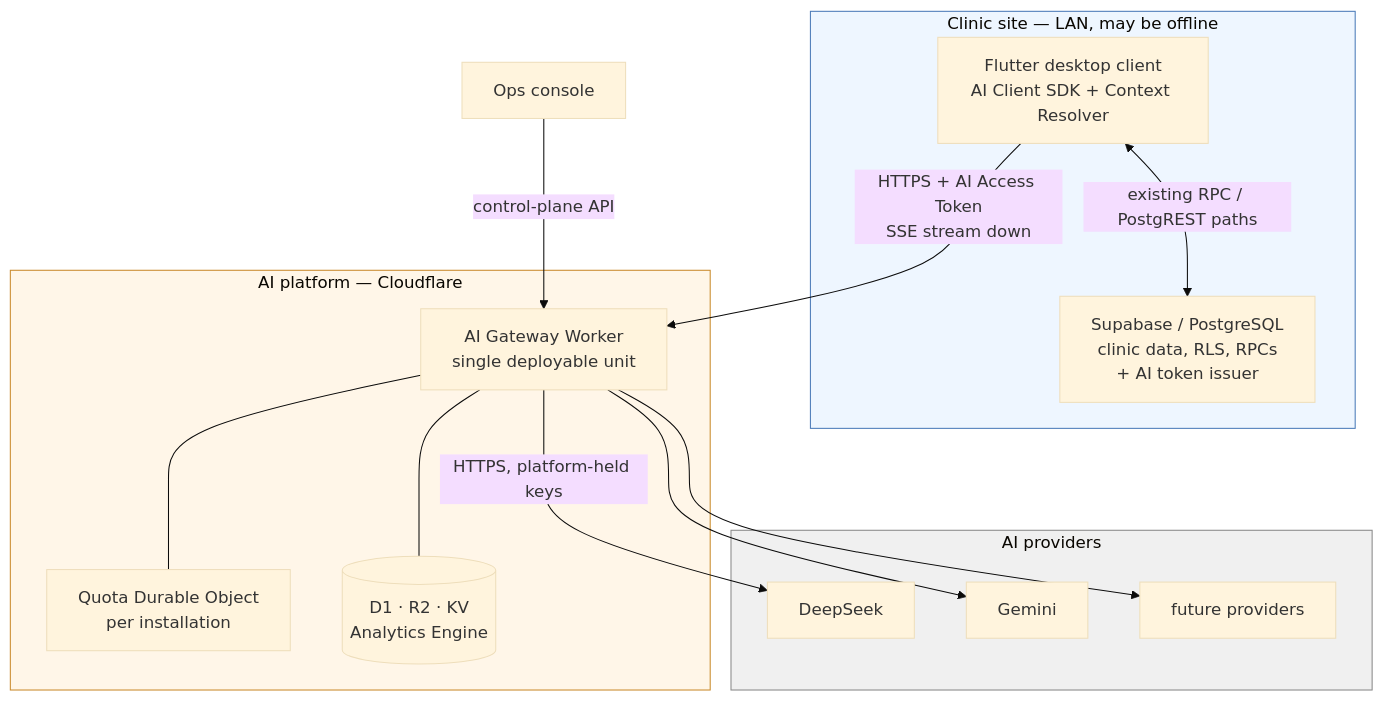
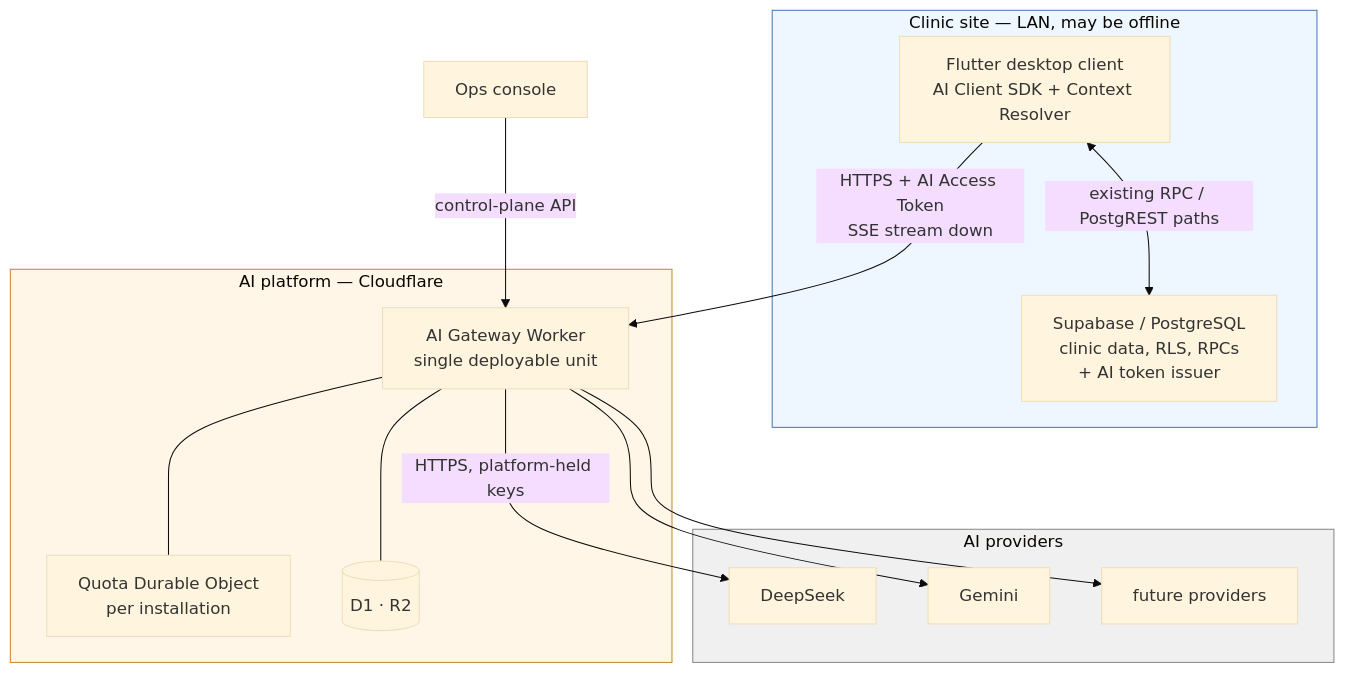
Before and after one commit to haythamosama95/AiClinic: the first of 6 diagrams in docs/architecture/17a-ai-platform-overview.md, drawn with Mermaid (base theme). The commit also changed other lines of this file and 7 other files, not shown here.

Commit message:
Adding AI Platform Architectural Documents and Delivery Plan along with the speckit driving commands

````diff
--- a/docs/architecture/17a-ai-platform-overview.md
+++ b/docs/architecture/17a-ai-platform-overview.md
@@ -67,34 +82,34 @@
 ```mermaid
 flowchart TB
     subgraph clinic["Clinic site — LAN, may be offline"]
         FL["Flutter desktop client<br/>AI Client SDK + Context Resolver"]
         SB["Supabase / PostgreSQL<br/>clinic data, RLS, RPCs<br/>+ AI token issuer"]
         FL <--> |"existing RPC / PostgREST paths"| SB
     end
 
     subgraph edge["AI platform — Cloudflare"]
         GW["AI Gateway Worker<br/>single deployable unit"]
         QDO["Quota Durable Object<br/>per installation"]
-        ST[("D1 · R2 · KV<br/>Analytics Engine")]
+        ST[("D1 · R2")]
         GW --- QDO
         GW --- ST
     end
 
     subgraph providers["AI providers"]
         P1["DeepSeek"]
         P2["Gemini"]
         P3["future providers"]
     end
 
     OPS["Ops console"]
 
     FL --> |"HTTPS + AI Access Token<br/>SSE stream down"| GW
     GW --> |"HTTPS, platform-held keys"| P1
     GW --> P2
     GW --> P3
     OPS --> |"control-plane API"| GW
 
     style clinic fill:#eef6ff,stroke:#4a7ab8
     style edge fill:#fff6e8,stroke:#c98a2b
     style providers fill:#f0f0f0,stroke:#888
 ```
````
